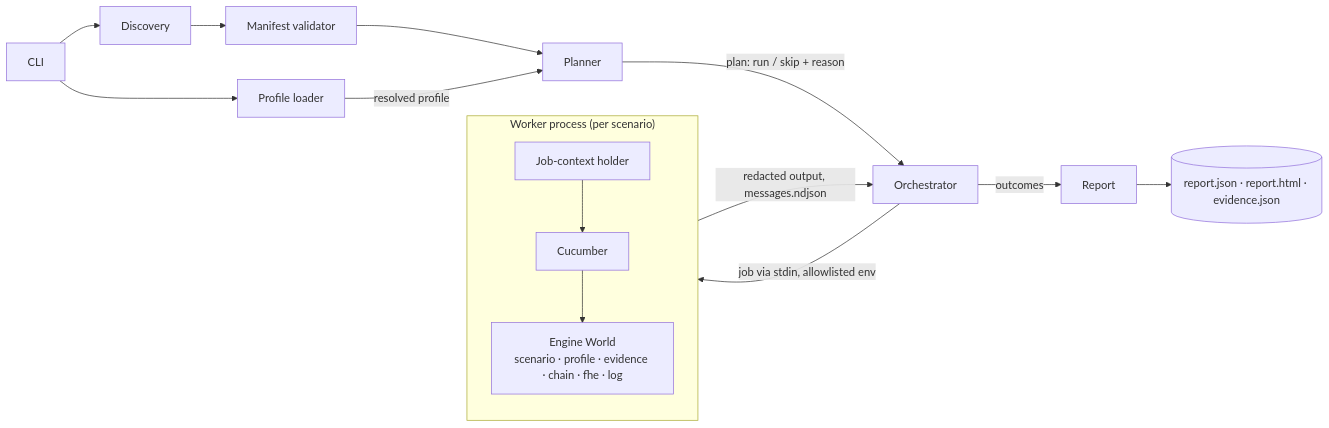
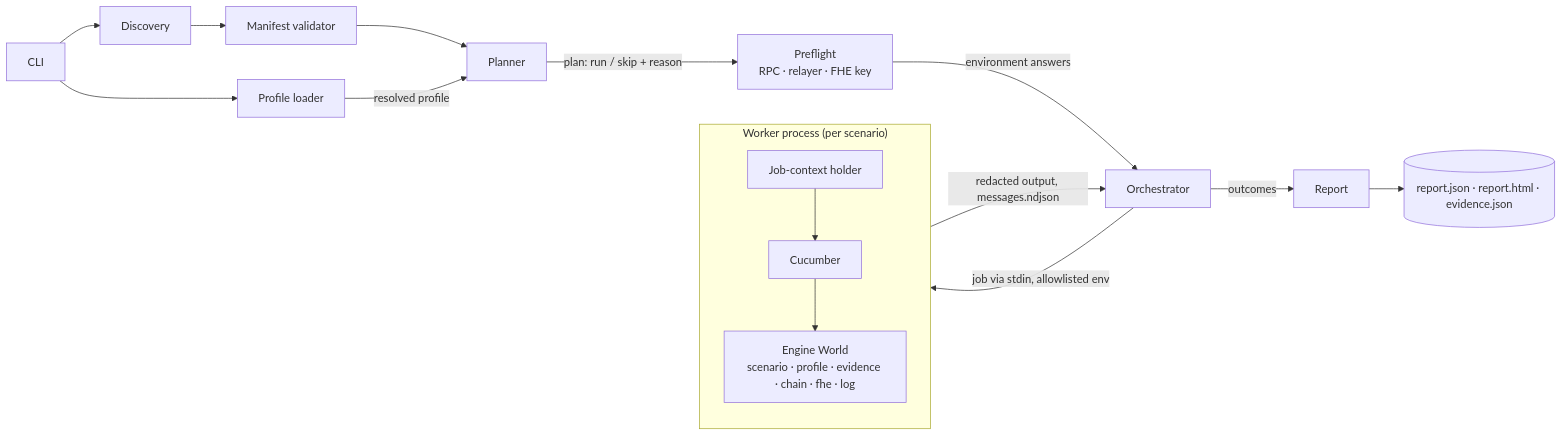
One commit to zama-ai/fhevm changed the diagram in test-suite/test-engine/README.md. Above: the diagram before and after it, drawn with Mermaid. The commit also changed other lines of this file and 19 other files, not shown here.

````diff
--- a/test-suite/test-engine/README.md
+++ b/test-suite/test-engine/README.md
@@ -493,16 +509,17 @@
 ```mermaid
 flowchart LR
     CLI --> Discovery --> Validator["Manifest validator"]
     CLI --> Profiles["Profile loader"]
     Validator --> Planner
     Profiles -->|"resolved profile"| Planner
-    Planner -->|"plan: run / skip + reason"| Orchestrator
+    Planner -->|"plan: run / skip + reason"| Preflight["Preflight<br/>RPC · relayer · FHE key"]
+    Preflight -->|"environment answers"| Orchestrator
     Orchestrator -->|"job via stdin, allowlisted env"| Worker
     subgraph Worker["Worker process (per scenario)"]
         JobContext["Job-context holder"] --> Cucumber
         Cucumber --> World["Engine World<br/>scenario · profile · evidence · chain · fhe · log"]
     end
     Worker -->|"redacted output, messages.ndjson"| Orchestrator
     Orchestrator -->|"outcomes"| Report
     Report --> Outputs[("report.json · report.html · evidence.json")]
 ```
````
